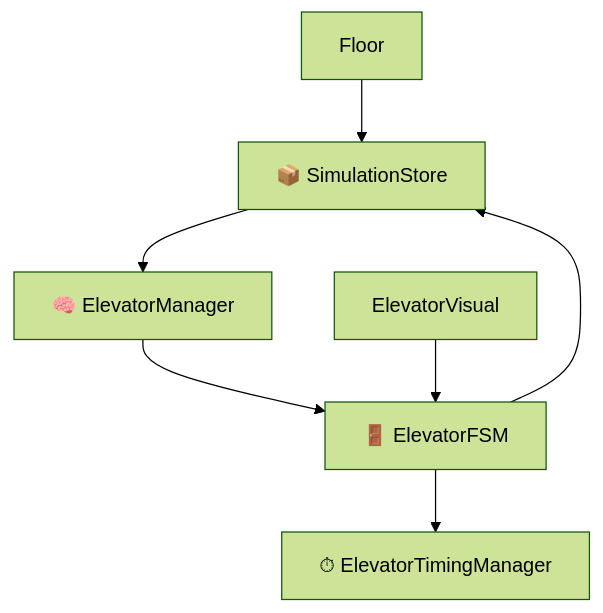
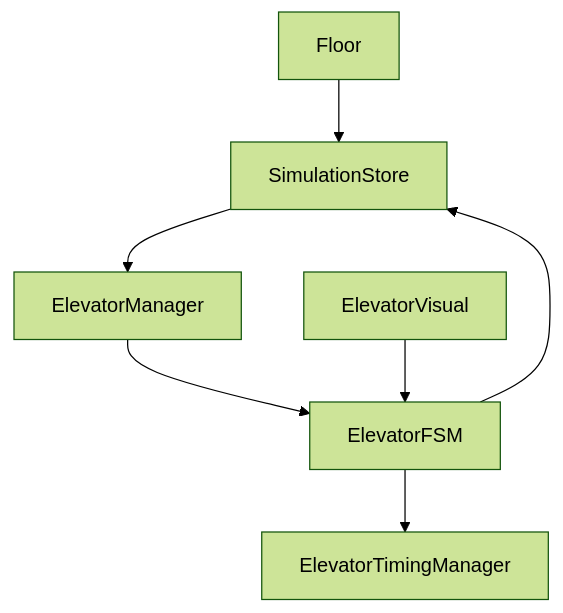
The fifth of 7 diagrams in README.md (shammaihamilton/elevator-simulator), drawn with Mermaid (forest theme) before and after one commit. The commit also changed other lines of this file, not shown here.

````diff
--- a/README.md
+++ b/README.md
@@ -81,9 +81,9 @@
 ```mermaid
 graph TD
-  Floor --> Store[📦 SimulationStore]
-  Store --> Manager[🧠 ElevatorManager]
-  Manager --> FSM[🚪 ElevatorFSM]
-  FSM --> Timing[⏱ ElevatorTimingManager]
+  Floor --> Store[SimulationStore]
+  Store --> Manager[ElevatorManager]
+  Manager --> FSM[ElevatorFSM]
+  FSM --> Timing[ElevatorTimingManager]
   ElevatorVisual --> FSM
   FSM --> Store
 ```
````
